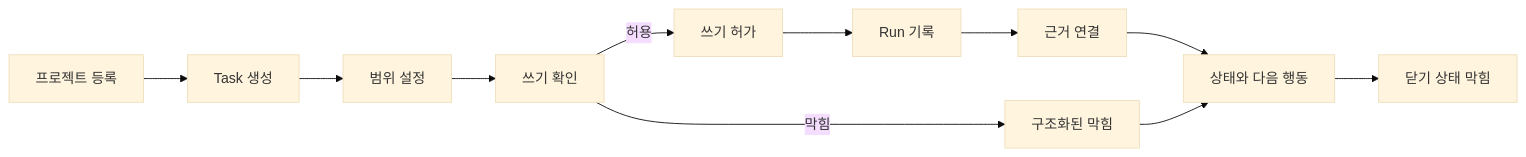
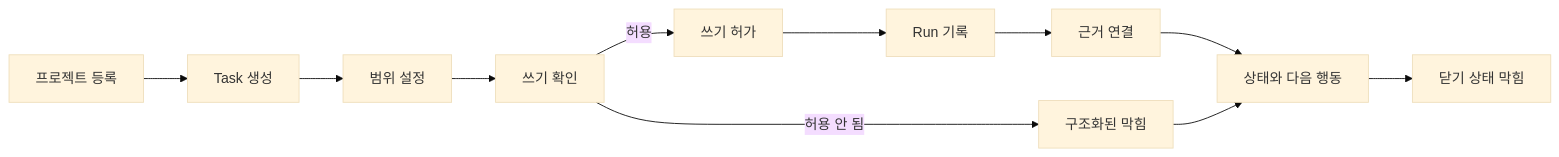
Before and after one commit to minjungw00/Harness_Project: the second of 2 diagrams in docs/ko/build/mvp-plan.md, drawn with Mermaid (base theme). The commit also changed other lines of this file and 11 other files, not shown here.

````diff
--- a/docs/ko/build/mvp-plan.md
+++ b/docs/ko/build/mvp-plan.md
@@ -131,13 +143,13 @@
 ```mermaid
 flowchart LR
   Register["프로젝트 등록"] --> Task["Task 생성"]
   Task --> Scope["범위 설정"]
   Scope --> Check["쓰기 확인"]
   Check -->|허용| Authorization["쓰기 허가"]
   Authorization --> Run["Run 기록"]
   Run --> Evidence["근거 연결"]
-  Check -->|막힘| Blocker["구조화된 막힘"]
+  Check -->|허용 안 됨| Blocker["구조화된 막힘"]
   Evidence --> Status["상태와 다음 행동"]
   Blocker --> Status
   Status --> Close["닫기 상태 막힘"]
 ```
````
